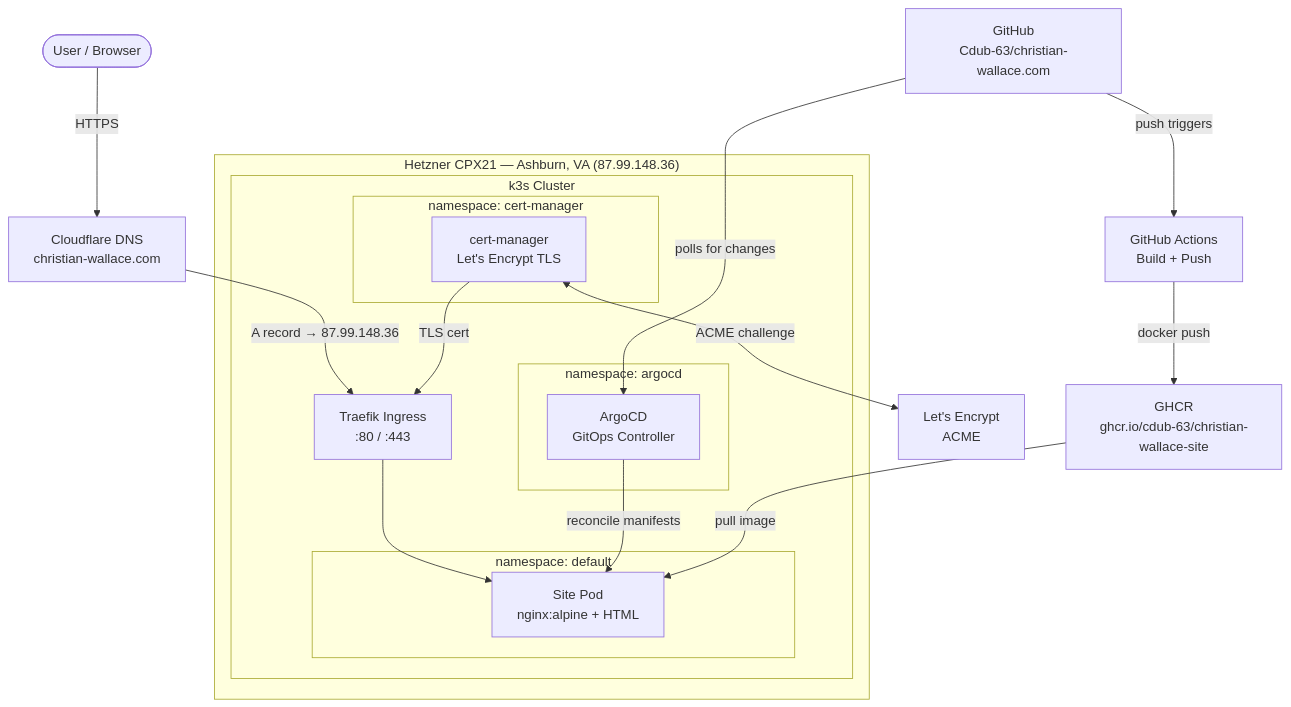
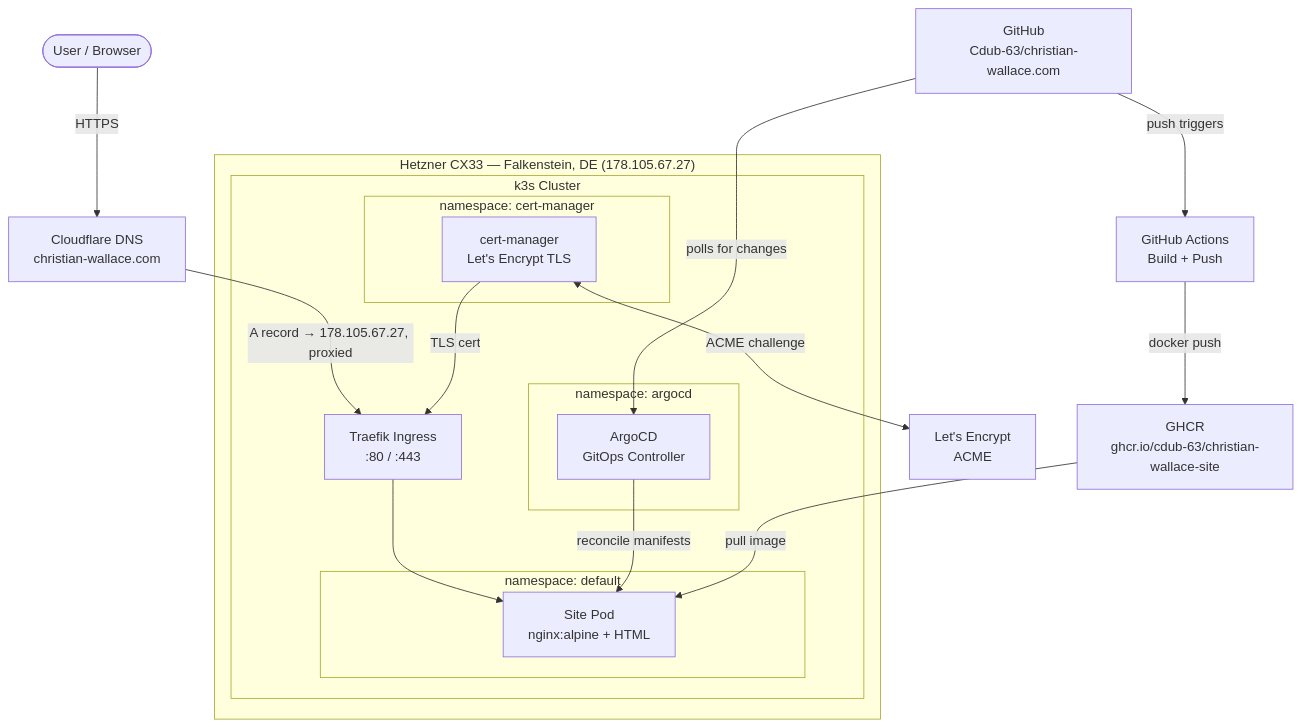
The diagram in README.md (Cdub-63/christian-wallace.com), drawn with Mermaid before and after one commit. The commit also changed other lines of this file and 2 other files, not shown here.

First line of the commit message:
Migrate hosting to Hetzner Falkenstein (cx33) and trim README

````diff
--- a/README.md
+++ b/README.md
@@ -27,39 +27,39 @@
 ```mermaid
 graph TB
     User([User / Browser])
     CF[Cloudflare DNS<br/>christian-wallace.com]
     GH[GitHub<br/>Cdub-63/christian-wallace.com]
     Actions[GitHub Actions<br/>Build + Push]
     GHCR[GHCR<br/>ghcr.io/cdub-63/christian-wallace-site]
 
-    subgraph Hetzner ["Hetzner CPX21 — Ashburn, VA (87.99.148.36)"]
+    subgraph Hetzner ["Hetzner CX33 — Falkenstein, DE (178.105.67.27)"]
         subgraph k3s ["k3s Cluster"]
             Traefik[Traefik Ingress<br/>:80 / :443]
 
             subgraph argocd-ns ["namespace: argocd"]
                 ArgoCD[ArgoCD<br/>GitOps Controller]
             end
 
             subgraph cert-ns ["namespace: cert-manager"]
                 CertManager[cert-manager<br/>Let's Encrypt TLS]
             end
 
             subgraph site-ns ["namespace: default"]
                 Site[Site Pod<br/>nginx:alpine + HTML]
             end
         end
     end
 
     LE[Let's Encrypt<br/>ACME]
 
     User -->|HTTPS| CF
-    CF -->|A record → 87.99.148.36| Traefik
+    CF -->|A record → 178.105.67.27, proxied| Traefik
     Traefik --> Site
     GH -->|push triggers| Actions
     Actions -->|docker push| GHCR
     GH -->|polls for changes| ArgoCD
     ArgoCD -->|reconcile manifests| Site
     GHCR -->|pull image| Site
     CertManager <-->|ACME challenge| LE
     CertManager -->|TLS cert| Traefik
 ```
````
